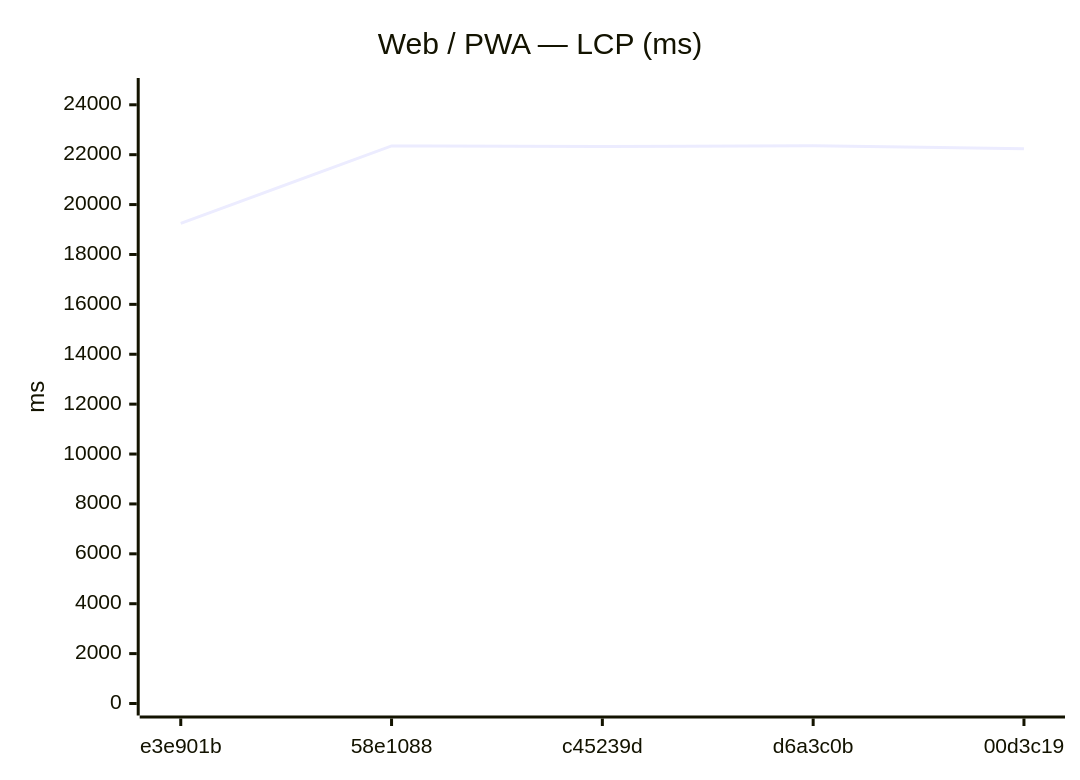
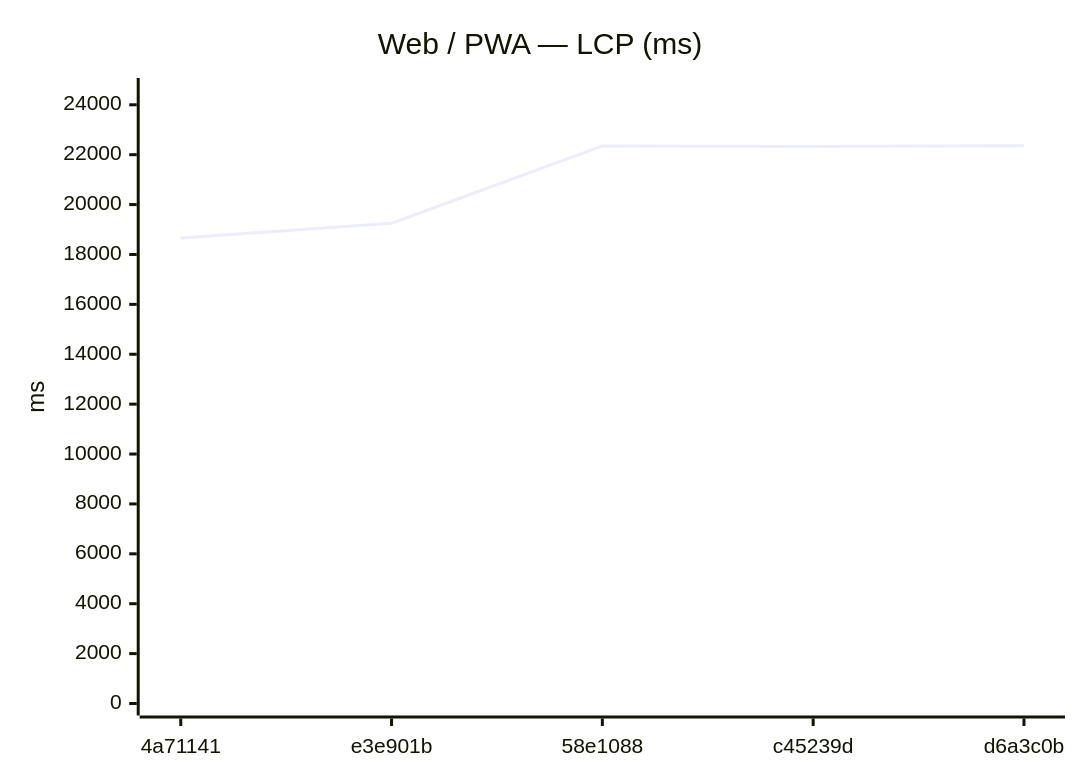
The seventh of 18 diagrams in benchmarks/compare.md (Metaheurist/Rianell), drawn with Mermaid before and after one commit. The commit also changed other lines of this file and 11 other files, not shown here.

````diff
--- a/benchmarks/compare.md
+++ b/benchmarks/compare.md
@@ -117,7 +117,7 @@
 ```mermaid
 xychart-beta
     title "Web / PWA — LCP (ms)"
-    x-axis ["e3e901b", "58e1088", "c45239d", "d6a3c0b", "00d3c19"]
+    x-axis ["4a71141", "e3e901b", "58e1088", "c45239d", "d6a3c0b"]
     y-axis "ms" 0 --> 24593
-    line [19248, 22351, 22326, 22357, 22240]
+    line [18663, 19248, 22351, 22326, 22357]
 ```
````
